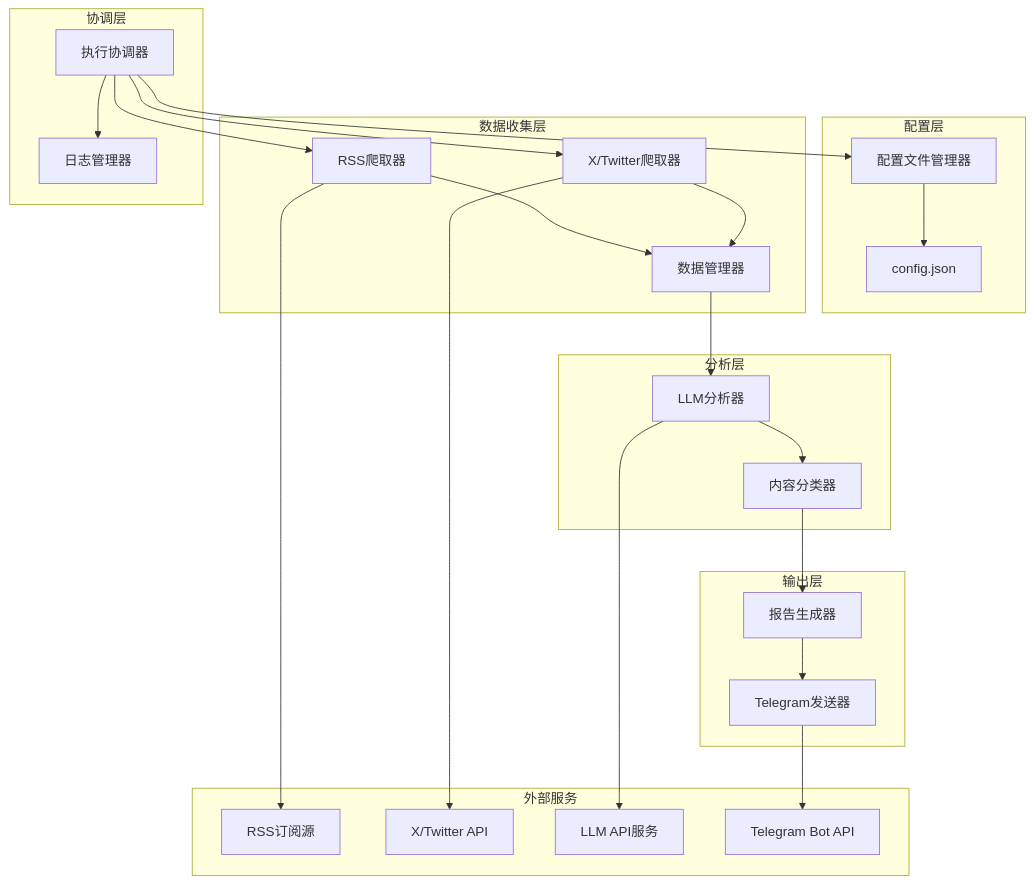
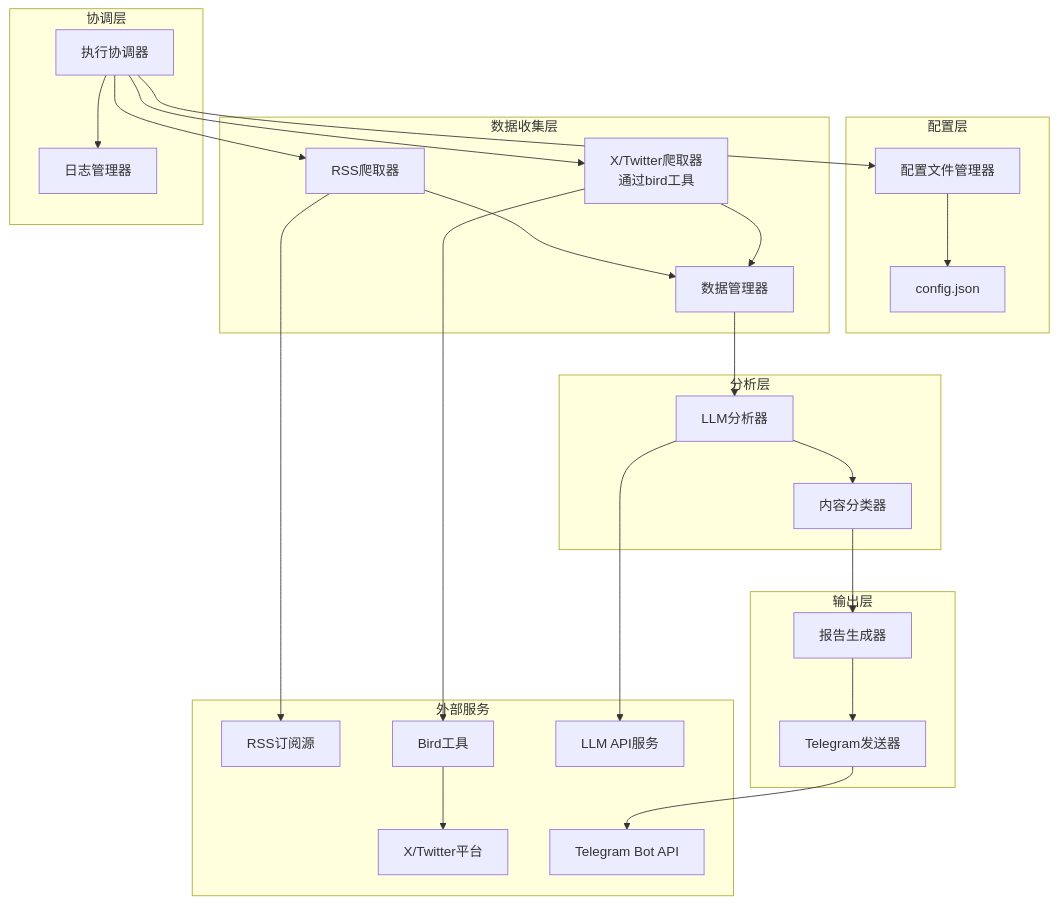
Before and after one commit to LaceLetho/getnews: the diagram in .kiro/specs/crypto-news-analyzer/design.md, drawn with Mermaid. The commit also changed other lines of this file and 2 other files, not shown here.

Commit message:
req: use bird

````diff
--- a/.kiro/specs/crypto-news-analyzer/design.md
+++ b/.kiro/specs/crypto-news-analyzer/design.md
@@ -26,51 +28,53 @@
 ```mermaid
 graph TB
     subgraph "配置层"
         CF[配置文件管理器]
         CONFIG[config.json]
     end
     
     subgraph "数据收集层"
         RSS[RSS爬取器]
-        X[X/Twitter爬取器]
+        X[X/Twitter爬取器<br/>通过bird工具]
         DM[数据管理器]
     end
     
     subgraph "分析层"
         LLM[LLM分析器]
         CAT[内容分类器]
     end
     
     subgraph "输出层"
         RG[报告生成器]
         TG[Telegram发送器]
     end
     
     subgraph "协调层"
         COORD[执行协调器]
         LOG[日志管理器]
     end
     
     subgraph "外部服务"
         RSSSRC[RSS订阅源]
-        XAPI[X/Twitter API]
+        BIRD[Bird工具]
+        XAPI[X/Twitter平台]
         LLMAPI[LLM API服务]
         TGAPI[Telegram Bot API]
     end
     
     CF --> CONFIG
     COORD --> CF
     COORD --> RSS
     COORD --> X
     RSS --> RSSSRC
-    X --> XAPI
+    X --> BIRD
+    BIRD --> XAPI
     RSS --> DM
     X --> DM
     DM --> LLM
     LLM --> LLMAPI
     LLM --> CAT
     CAT --> RG
     RG --> TG
     TG --> TGAPI
     COORD --> LOG
 ```
````
